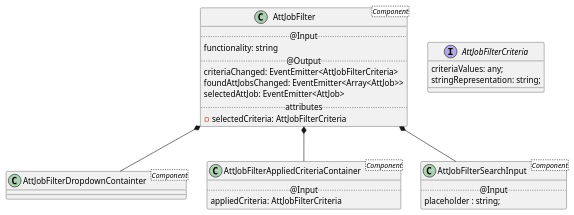
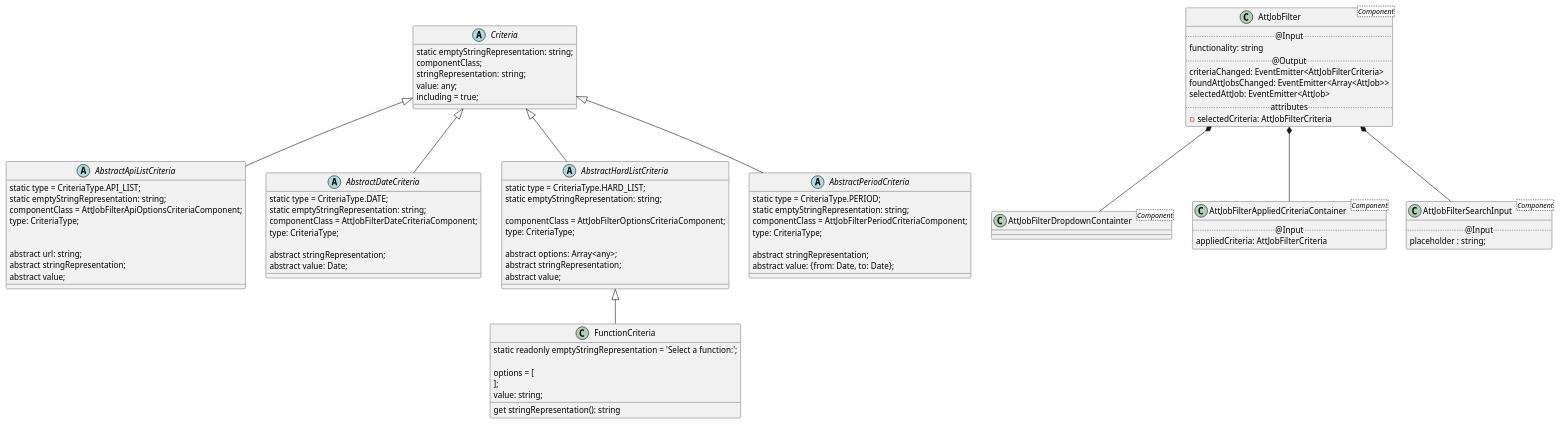
One commit to Wimpert/job-filter changed the diagram in diagrams/diagram.puml. Above: the diagram before and after it, drawn with PlantUML. The commit also changed 18 other files, not shown here.

Commit message:
api list

```diff
--- a/diagrams/diagram.puml
+++ b/diagrams/diagram.puml
@@ -1,47 +1,126 @@
 @startuml
+
+
+
+' ********* CLASSES AND INTERFACES ********* ' 
+
+abstract class Criteria {
+    static emptyStringRepresentation: string;
+    componentClass;
+    stringRepresentation: string;
+    value: any;
+    including = true;
+}
+
+abstract class AbstractApiListCriteria extends Criteria {
+
+    static type = CriteriaType.API_LIST;
+    static emptyStringRepresentation: string;
+    componentClass = AttJobFilterApiOptionsCriteriaComponent;
+    type: CriteriaType;
+
+
+    abstract url: string;
+    abstract stringRepresentation;
+    abstract value;
+
+
+}
+
+abstract class AbstractDateCriteria extends Criteria {
+
+    static type = CriteriaType.DATE;
+    static emptyStringRepresentation: string;
+    componentClass = AttJobFilterDateCriteriaComponent;
+    type: CriteriaType;
+
+    abstract stringRepresentation;
+    abstract value: Date;
+
+
+}
+
+abstract class AbstractHardListCriteria extends Criteria {
+
+    static type = CriteriaType.HARD_LIST;
+    static emptyStringRepresentation: string;
+
+    componentClass = AttJobFilterOptionsCriteriaComponent;
+    type: CriteriaType;
+
+    abstract options: Array<any>;
+    abstract stringRepresentation;
+    abstract value;
+
+
+
+}
+
+abstract class AbstractPeriodCriteria extends Criteria {
+
+    static type = CriteriaType.PERIOD;
+    static emptyStringRepresentation: string;
+    componentClass = AttJobFilterPeriodCriteriaComponent;
+    type: CriteriaType;
+
+    abstract stringRepresentation;
+    abstract value: {from: Date, to: Date};
+
+}
+
+class FunctionCriteria extends AbstractHardListCriteria {
+
+    get stringRepresentation(): string 
+
+    static readonly emptyStringRepresentation = 'Select a function:';
+
+    options = [
+        'Software Engineer', 'Test Engineer', 'Functional Analyst'
+    ];
+    value: string;
+}
+
+
+
+
+
 
 ' ********* COMPONENTS ********* ' 
 
 class AttJobFilter<Component> {
     .. @Input ..
     functionality: string
     .. @Output ..
     criteriaChanged: EventEmitter<AttJobFilterCriteria>
     foundAttJobsChanged: EventEmitter<Array<AttJob>>
     selectedAttJob: EventEmitter<AttJob>
     .. attributes ..
     - selectedCriteria: AttJobFilterCriteria
 }
 
 class AttJobFilterDropdownContainter<Component>{
 
 }
 
 class AttJobFilterAppliedCriteriaContainer<Component> {
       .. @Input ..
       appliedCriteria: AttJobFilterCriteria
 }
 
 class AttJobFilterSearchInput<Component>{
     .. @Input ..
     placeholder : string;
 }
 
 
 
 
-' ********* CLASSES AND INTERFACES ********* ' 
-
-Interface AttJobFilterCriteria {
-    criteriaValues: any;
-    stringRepresentation: string;
-}
 
 
 ' ********* RELATIONS ********* ' 
 
 AttJobFilter *-- AttJobFilterDropdownContainter
 AttJobFilter *-- AttJobFilterAppliedCriteriaContainer
 AttJobFilter *-- AttJobFilterSearchInput
 
 @enduml
```
